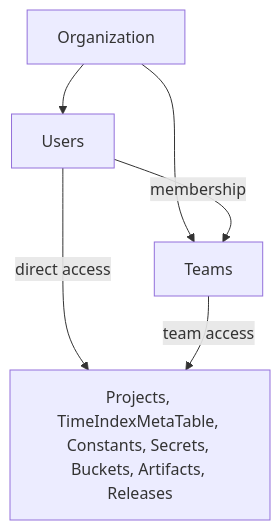
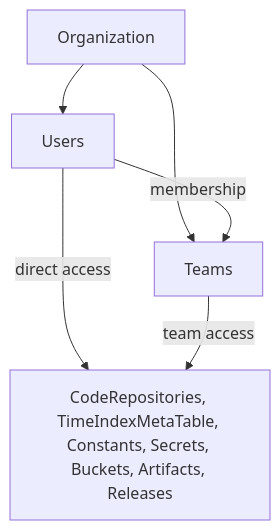
Before and after one commit to mainsequence-sdk/mainsequence-sdk: the diagram in docs/knowledge/infrastructure/users_and_access.md, drawn with Mermaid. The commit also changed other lines of this file and 72 other files, not shown here.

````diff
--- a/docs/knowledge/infrastructure/users_and_access.md
+++ b/docs/knowledge/infrastructure/users_and_access.md
@@ -31,8 +31,8 @@
 ```mermaid
 graph TD
     Org["Organization"] --> Users["Users"]
     Org --> Teams["Teams"]
     Users -->|membership| Teams
-    Users -->|direct access| Resources["Projects, TimeIndexMetaTable, Constants, Secrets, Buckets, Artifacts, Releases"]
+    Users -->|direct access| Resources["CodeRepositories, TimeIndexMetaTable, Constants, Secrets, Buckets, Artifacts, Releases"]
     Teams -->|team access| Resources
 ```
````
